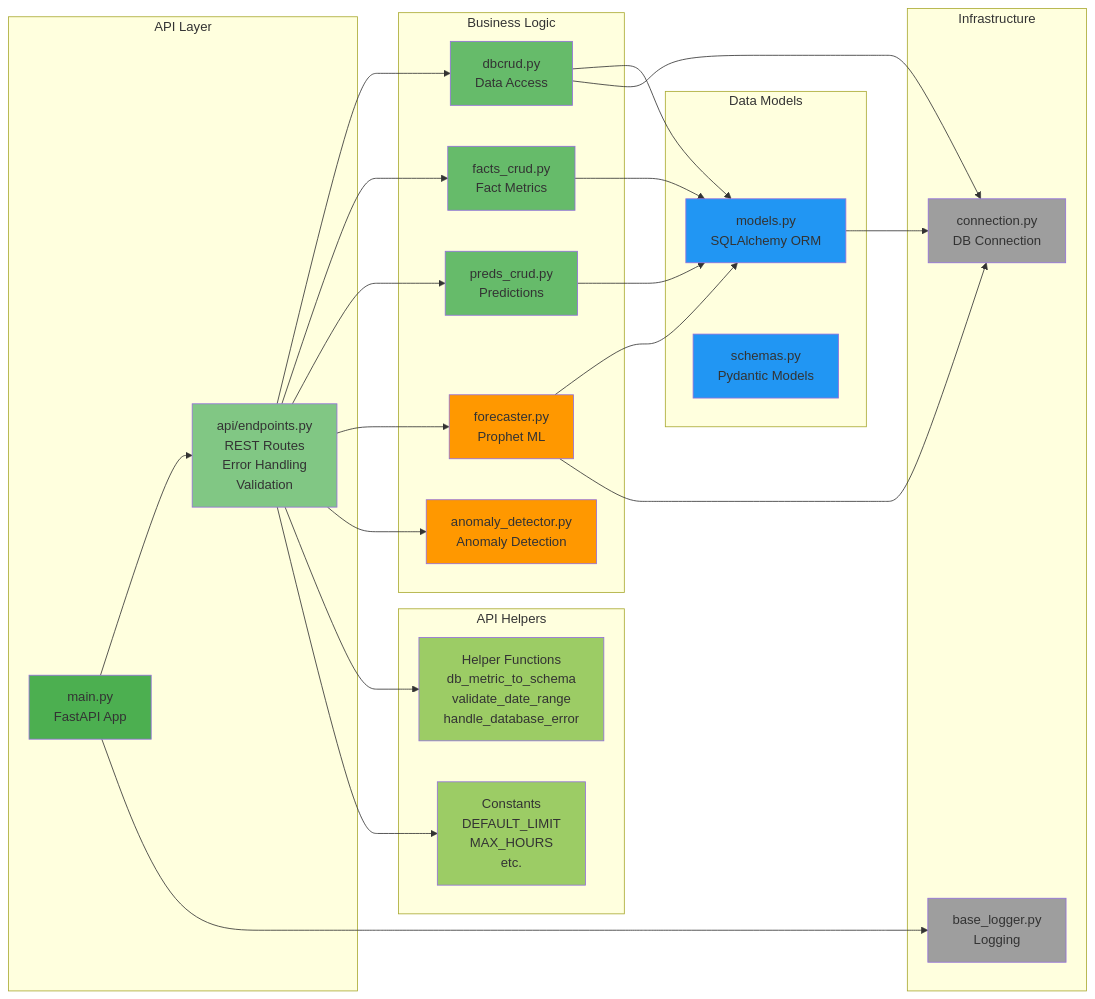
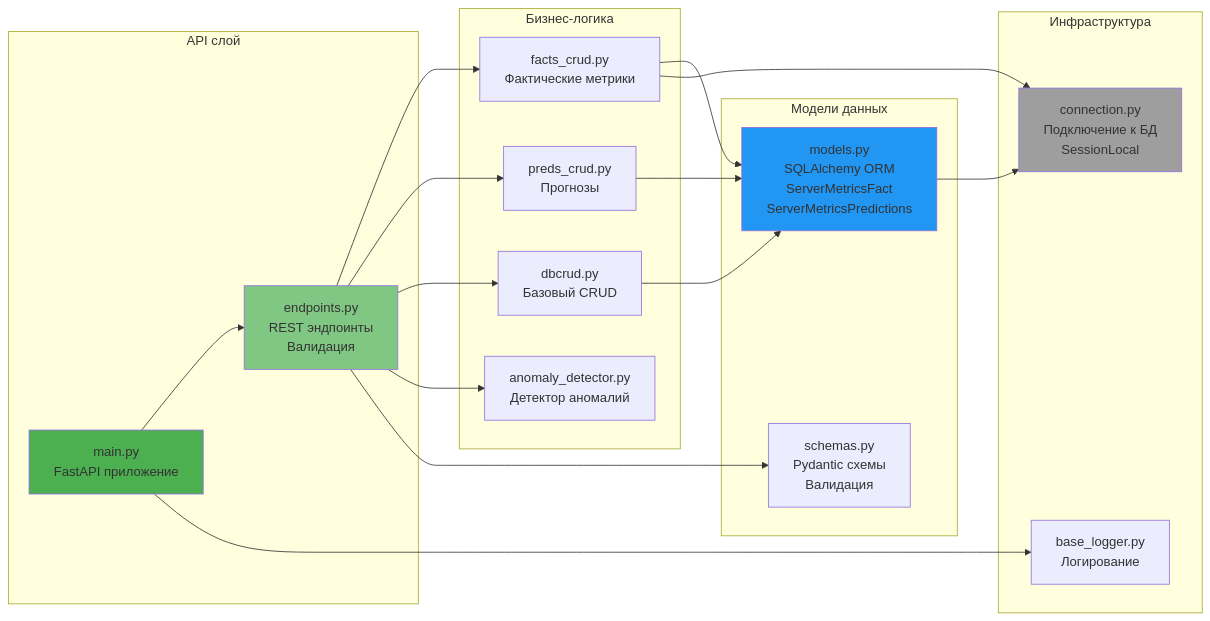
The second of 13 diagrams in docs/ARCHITECTURE.md (sweetd0vee/servers-dashboard), drawn with Mermaid before and after one commit. The commit also changed other lines of this file and 1 other file, not shown here.

````diff
--- a/docs/ARCHITECTURE.md
+++ b/docs/ARCHITECTURE.md
@@ -103,61 +103,45 @@
 ```mermaid
 graph LR
-    subgraph "API Layer"
-        Main[main.py<br/>FastAPI App]
-        Router[api/endpoints.py<br/>REST Routes<br/>Error Handling<br/>Validation]
+    subgraph "API слой"
+        Main[main.py<br/>FastAPI приложение]
+        Endpoints[endpoints.py<br/>REST эндпоинты<br/>Валидация]
     end
     
-    subgraph "Business Logic"
-        CRUD[dbcrud.py<br/>Data Access]
-        FactsCRUD[facts_crud.py<br/>Fact Metrics]
-        PredsCRUD[preds_crud.py<br/>Predictions]
-        Forecaster[forecaster.py<br/>Prophet ML]
-        Anomaly[anomaly_detector.py<br/>Anomaly Detection]
+    subgraph "Бизнес-логика"
+        DBCRUD[dbcrud.py<br/>Базовый CRUD]
+        FactsCRUD[facts_crud.py<br/>Фактические метрики]
+        PredsCRUD[preds_crud.py<br/>Прогнозы]
+        Anomaly[anomaly_detector.py<br/>Детектор аномалий]
     end
     
-    subgraph "Data Models"
-        Models[models.py<br/>SQLAlchemy ORM]
-        Schemas[schemas.py<br/>Pydantic Models]
+    subgraph "Модели данных"
+        Models[models.py<br/>SQLAlchemy ORM<br/>ServerMetricsFact<br/>ServerMetricsPredictions]
+        Schemas[schemas.py<br/>Pydantic схемы<br/>Валидация]
     end
     
-    subgraph "Infrastructure"
-        Conn[connection.py<br/>DB Connection]
-        Logger[base_logger.py<br/>Logging]
+    subgraph "Инфраструктура"
+        Conn[connection.py<br/>Подключение к БД<br/>SessionLocal]
+        Logger[base_logger.py<br/>Логирование]
     end
     
-    subgraph "API Helpers"
-        Helpers[Helper Functions<br/>db_metric_to_schema<br/>validate_date_range<br/>handle_database_error]
-        Constants[Constants<br/>DEFAULT_LIMIT<br/>MAX_HOURS<br/>etc.]
-    end
+    Main --> Endpoints
+    Endpoints --> FactsCRUD
+    Endpoints --> PredsCRUD
+    Endpoints --> DBCRUD
+    Endpoints --> Anomaly
     
-    Main --> Router
-    Router --> CRUD
-    Router --> FactsCRUD
-    Router --> PredsCRUD
-    Router --> Forecaster
-    Router --> Anomaly
-    Router --> Helpers
-    Router --> Constants
-    CRUD --> Models
     FactsCRUD --> Models
     PredsCRUD --> Models
-    CRUD --> Conn
-    Forecaster --> Models
-    Forecaster --> Conn
+    DBCRUD --> Models
+    
     Models --> Conn
+    FactsCRUD --> Conn
+    
+    Endpoints --> Schemas
     Main --> Logger
     
     style Main fill:#4caf50
-    style Router fill:#81c784
-    style CRUD fill:#66bb6a
-    style FactsCRUD fill:#66bb6a
-    style PredsCRUD fill:#66bb6a
-    style Forecaster fill:#ff9800
-    style Anomaly fill:#ff9800
+    style Endpoints fill:#81c784
     style Models fill:#2196f3
-    style Schemas fill:#2196f3
     style Conn fill:#9e9e9e
-    style Logger fill:#9e9e9e
-    style Helpers fill:#9ccc65
-    style Constants fill:#9ccc65
 ```
````
